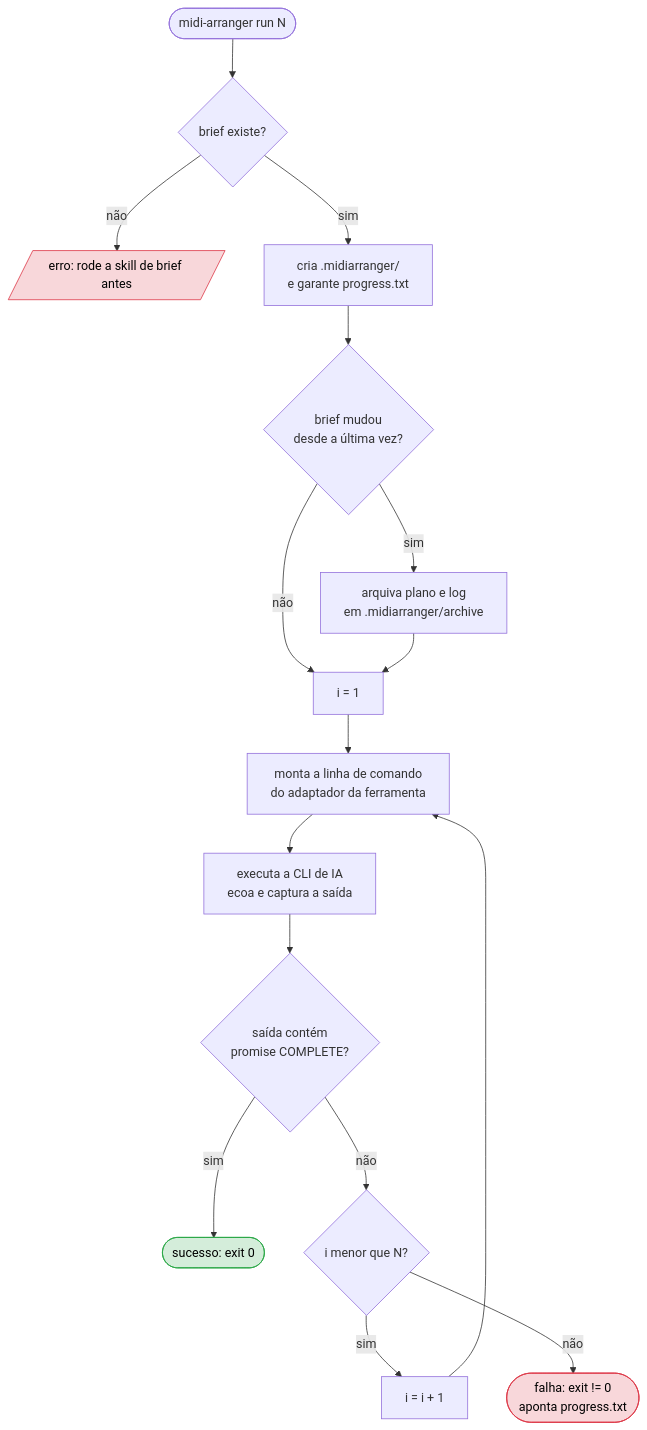
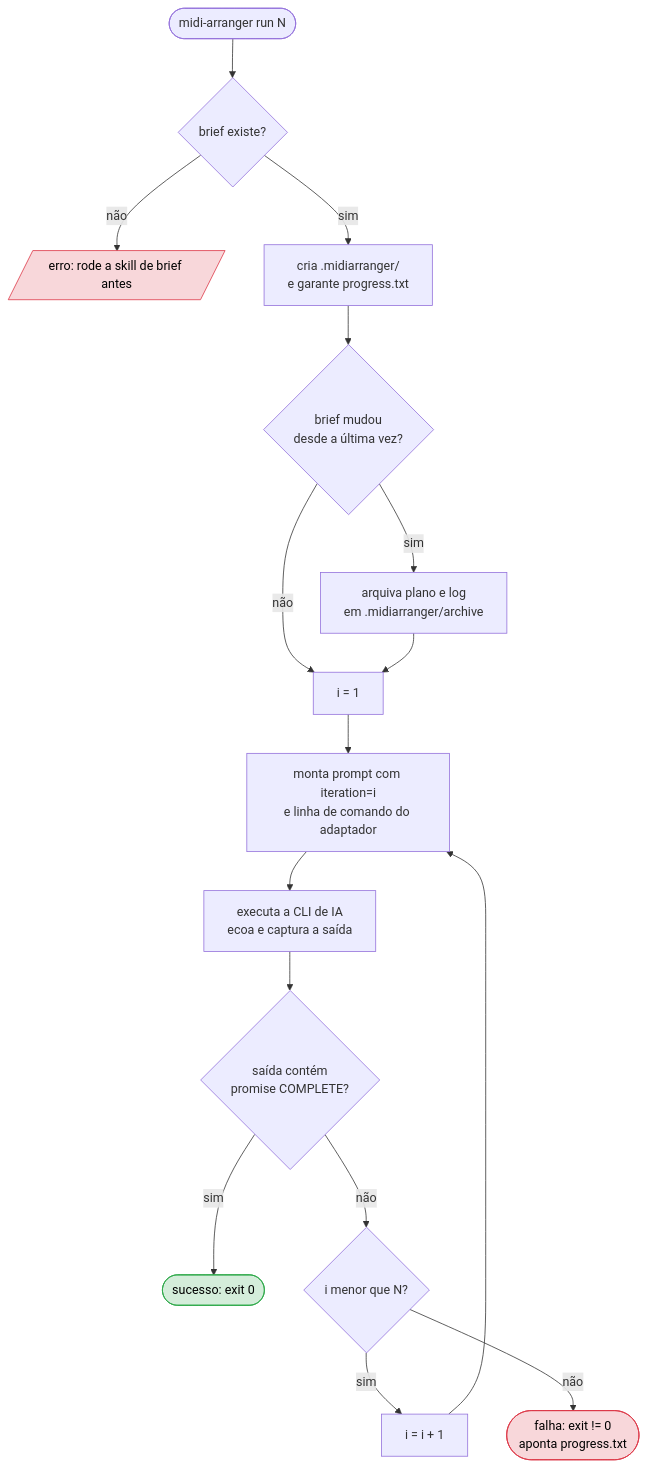
Before and after one commit to OvictorVieira/midi.arranger.cli: the second of 5 diagrams in docs/fluxo-harness.md, drawn with Mermaid. The commit also changed other lines of this file and 11 other files, not shown here.

````diff
--- a/docs/fluxo-harness.md
+++ b/docs/fluxo-harness.md
@@ -40,22 +42,22 @@
 ```mermaid
 flowchart TD
     Start([midi-arranger run N]) --> Check{brief existe?}
     Check -->|não| Die[/erro: rode a skill de brief antes/]
     Check -->|sim| State[cria .midiarranger/<br/>e garante progress.txt]
     State --> Arch{brief mudou<br/>desde a última vez?}
     Arch -->|sim| Archive[arquiva plano e log<br/>em .midiarranger/archive]
     Arch -->|não| Loop
     Archive --> Loop
 
-    Loop[i = 1] --> Invoke[monta a linha de comando<br/>do adaptador da ferramenta]
+    Loop[i = 1] --> Invoke[monta prompt com iteration=i<br/>e linha de comando do adaptador]
     Invoke --> Run[executa a CLI de IA<br/>ecoa e captura a saída]
     Run --> Sentinel{saída contém<br/>promise COMPLETE?}
     Sentinel -->|sim| Done([sucesso: exit 0])
     Sentinel -->|não| Next{i menor que N?}
     Next -->|sim| Inc[i = i + 1] --> Invoke
     Next -->|não| Fail([falha: exit != 0<br/>aponta progress.txt])
 
     style Done fill:#d4edda,stroke:#28a745,color:#000
     style Fail fill:#f8d7da,stroke:#dc3545,color:#000
     style Die fill:#f8d7da,stroke:#dc3545,color:#000
 ```
````
